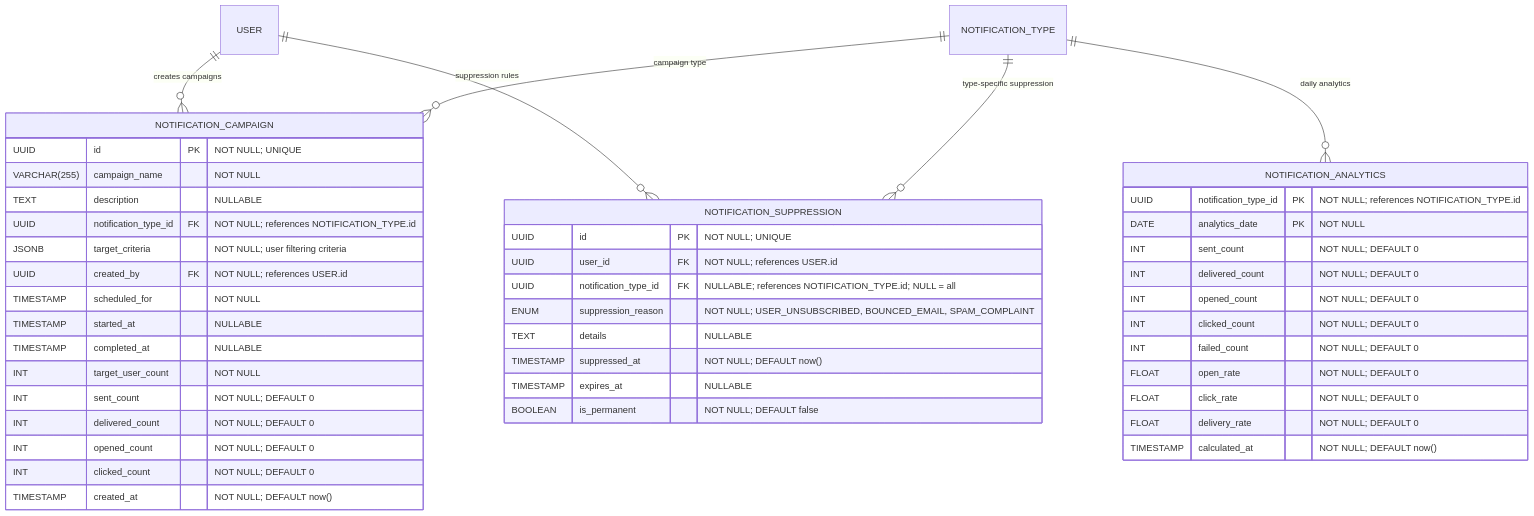
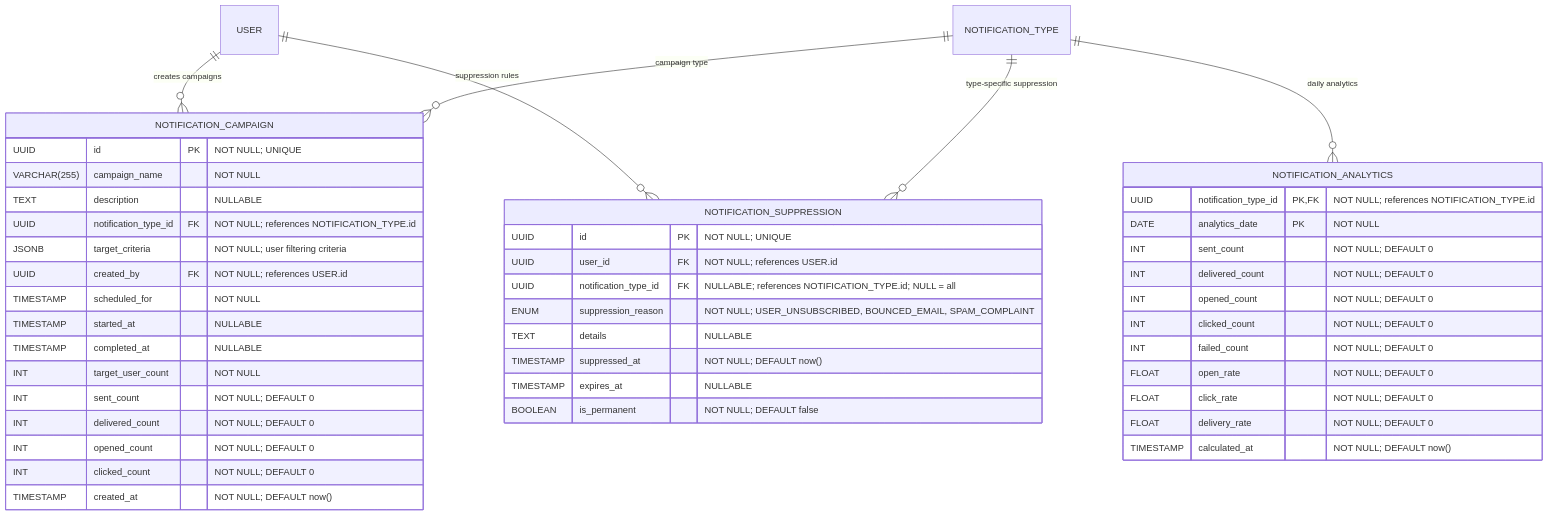
The diagram in docs/notifications/notification_analytics_history.md (Dratharias/Motriforge), drawn with Mermaid before and after one commit. The commit also changed 20 other files, not shown here.

````diff
--- a/docs/notifications/notification_analytics_history.md
+++ b/docs/notifications/notification_analytics_history.md
@@ -8,55 +8,55 @@
 ```mermaid
 erDiagram
   %%=== Layer 3: Notification Analytics & History ===%%
 
   NOTIFICATION_CAMPAIGN {
     UUID id PK                         "NOT NULL; UNIQUE"
     VARCHAR(255) campaign_name         "NOT NULL"
     TEXT description                   "NULLABLE"
     UUID notification_type_id FK       "NOT NULL; references NOTIFICATION_TYPE.id"
     JSONB target_criteria              "NOT NULL; user filtering criteria"
     UUID created_by FK                 "NOT NULL; references USER.id"
     TIMESTAMP scheduled_for            "NOT NULL"
     TIMESTAMP started_at               "NULLABLE"
     TIMESTAMP completed_at             "NULLABLE"
     INT target_user_count              "NOT NULL"
     INT sent_count                     "NOT NULL; DEFAULT 0"
     INT delivered_count                "NOT NULL; DEFAULT 0"
     INT opened_count                   "NOT NULL; DEFAULT 0"
     INT clicked_count                  "NOT NULL; DEFAULT 0"
     TIMESTAMP created_at               "NOT NULL; DEFAULT now()"
   }
 
   NOTIFICATION_ANALYTICS {
-    UUID notification_type_id PK       "NOT NULL; references NOTIFICATION_TYPE.id"
+    UUID notification_type_id PK,FK       "NOT NULL; references NOTIFICATION_TYPE.id"
     DATE analytics_date PK             "NOT NULL"
     INT sent_count                     "NOT NULL; DEFAULT 0"
     INT delivered_count                "NOT NULL; DEFAULT 0"
     INT opened_count                   "NOT NULL; DEFAULT 0"
     INT clicked_count                  "NOT NULL; DEFAULT 0"
     INT failed_count                   "NOT NULL; DEFAULT 0"
     FLOAT open_rate                    "NOT NULL; DEFAULT 0"
     FLOAT click_rate                   "NOT NULL; DEFAULT 0"
     FLOAT delivery_rate                "NOT NULL; DEFAULT 0"
     TIMESTAMP calculated_at            "NOT NULL; DEFAULT now()"
   }
 
   NOTIFICATION_SUPPRESSION {
     UUID id PK                         "NOT NULL; UNIQUE"
     UUID user_id FK                    "NOT NULL; references USER.id"
     UUID notification_type_id FK       "NULLABLE; references NOTIFICATION_TYPE.id; NULL = all"
     ENUM suppression_reason            "NOT NULL; USER_UNSUBSCRIBED, BOUNCED_EMAIL, SPAM_COMPLAINT"
     TEXT details                       "NULLABLE"
     TIMESTAMP suppressed_at            "NOT NULL; DEFAULT now()"
     TIMESTAMP expires_at               "NULLABLE"
     BOOLEAN is_permanent               "NOT NULL; DEFAULT false"
   }
 
   %%— Relationships in Layer 3 —
   USER ||--o{ NOTIFICATION_CAMPAIGN   : "creates campaigns"
   NOTIFICATION_TYPE ||--o{ NOTIFICATION_CAMPAIGN : "campaign type"
   NOTIFICATION_TYPE ||--o{ NOTIFICATION_ANALYTICS : "daily analytics"
   USER ||--o{ NOTIFICATION_SUPPRESSION : "suppression rules"
   NOTIFICATION_TYPE ||--o{ NOTIFICATION_SUPPRESSION : "type-specific suppression"
 
 ```
````
